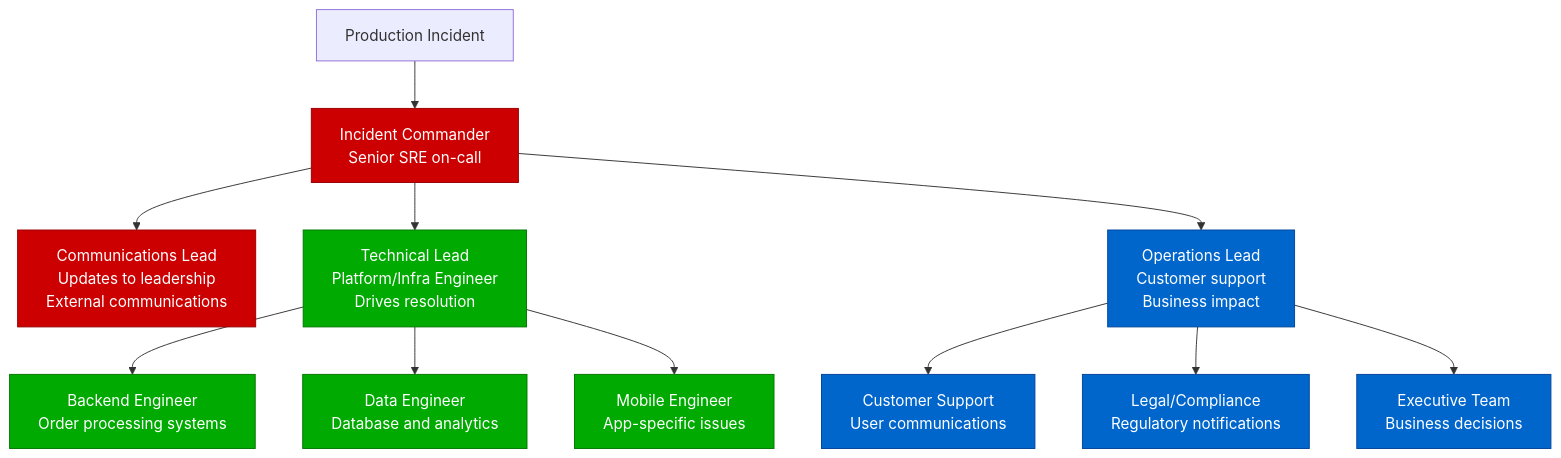
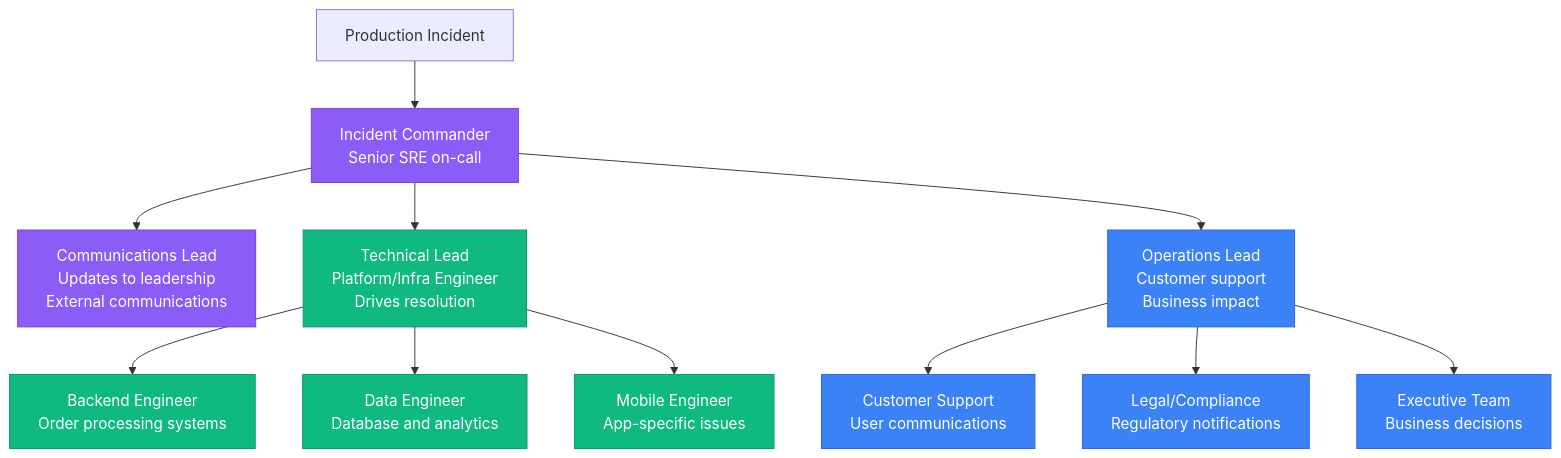
One commit to deepaucksharma/DS changed the seventh of 8 diagrams in site/docs/systems/robinhood/04-failure-domains.md. Above: the diagram before and after it, drawn with Mermaid. The commit also changed other lines of this file and 187 other files, not shown here.

````diff
--- a/site/docs/systems/robinhood/04-failure-domains.md
+++ b/site/docs/systems/robinhood/04-failure-domains.md
@@ -281,24 +281,24 @@
 ```mermaid
 graph TB
     INCIDENT[Production Incident] --> IC[Incident Commander<br/>Senior SRE on-call]
 
     IC --> COMMS[Communications Lead<br/>Updates to leadership<br/>External communications]
     IC --> TECH[Technical Lead<br/>Platform/Infra Engineer<br/>Drives resolution]
     IC --> OPS[Operations Lead<br/>Customer support<br/>Business impact]
 
     TECH --> DEV1[Backend Engineer<br/>Order processing systems]
     TECH --> DEV2[Data Engineer<br/>Database and analytics]
     TECH --> DEV3[Mobile Engineer<br/>App-specific issues]
 
     OPS --> SUPPORT[Customer Support<br/>User communications]
     OPS --> LEGAL[Legal/Compliance<br/>Regulatory notifications]
     OPS --> EXEC[Executive Team<br/>Business decisions]
 
-    classDef leaderStyle fill:#CC0000,stroke:#990000,color:#fff
-    classDef techStyle fill:#00AA00,stroke:#007700,color:#fff
-    classDef opsStyle fill:#0066CC,stroke:#004499,color:#fff
+    classDef leaderStyle fill:#8B5CF6,stroke:#7C3AED,color:#fff
+    classDef techStyle fill:#10B981,stroke:#059669,color:#fff
+    classDef opsStyle fill:#3B82F6,stroke:#2563EB,color:#fff
 
     class IC,COMMS leaderStyle
     class TECH,DEV1,DEV2,DEV3 techStyle
     class OPS,SUPPORT,LEGAL,EXEC opsStyle
 ```
````
